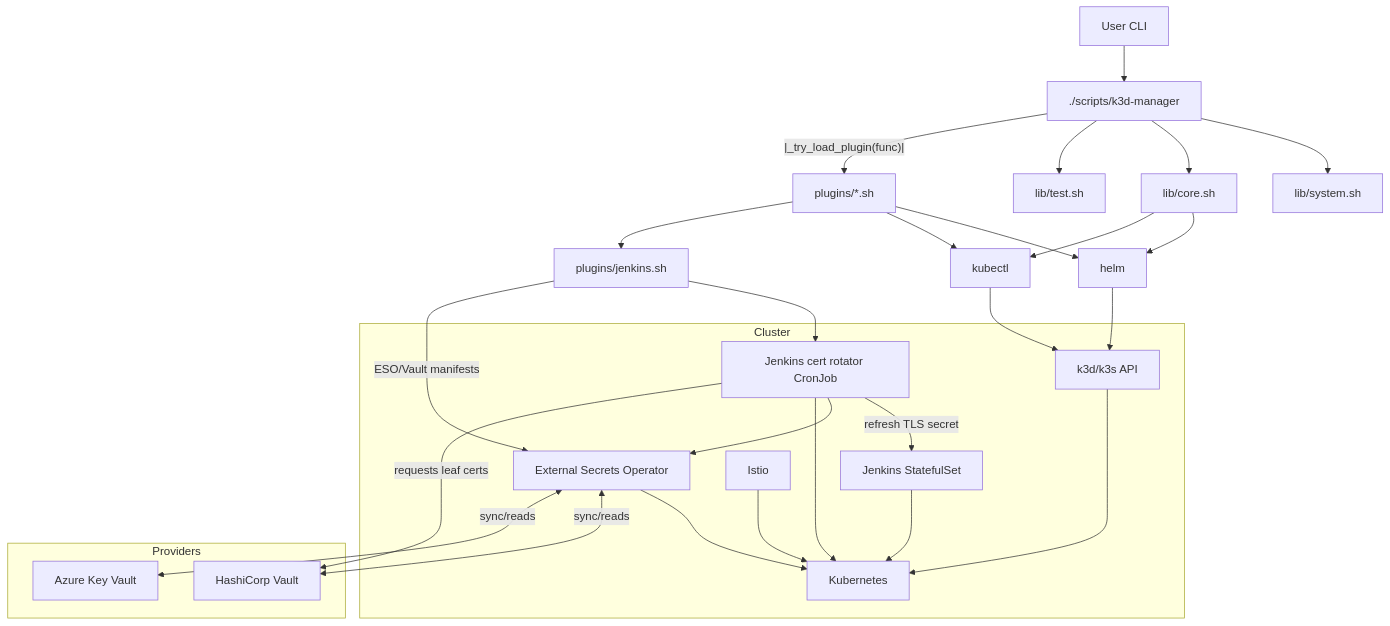
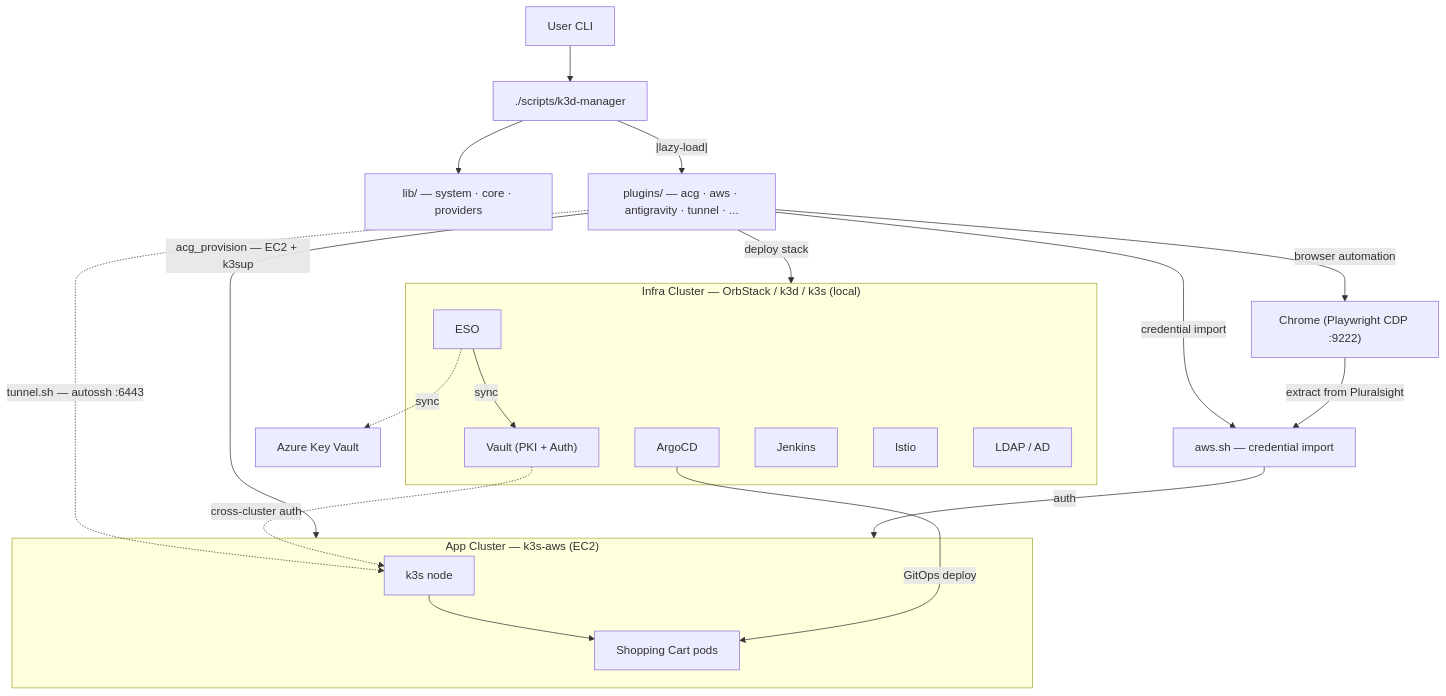
Before and after one commit to wilddog64/k3d-manager: the diagram in README.md, drawn with Mermaid. The commit also changed other lines of this file and 35 other files, not shown here.

First line of the commit message:
feat(k3s-aws): multi-node cluster, CloudFormation provisioning, Playwright hardening (#58)

````diff
--- a/README.md
+++ b/README.md
@@ -122,34 +124,36 @@
 ```mermaid
 graph TD
   U[User CLI] --> KM[./scripts/k3d-manager]
-  KM --> SYS[lib/system.sh]
-  KM --> CORE[lib/core.sh]
-  KM --> TEST[lib/test.sh]
-  KM --|_try_load_plugin(func)|--> PLUG[plugins/*.sh]
-  PLUG --> HELM[helm]
-  PLUG --> KUB[kubectl]
-  PLUG --> JPLUG[plugins/jenkins.sh]
-  JPLUG --> ROTATOR["Jenkins cert rotator CronJob"]
-  JPLUG -->|ESO/Vault manifests| ESO
-  ROTATOR -->|refresh TLS secret| JENKINS[Jenkins StatefulSet]
-  ROTATOR --> ESO
-  CORE --> HELM
-  CORE --> KUB
-  subgraph Cluster
-     K3D[k3d/k3s API] --> K8S[Kubernetes]
-     ISTIO[Istio] --> K8S
-     ESO[External Secrets Operator] --> K8S
-     JENKINS --> K8S
-     ROTATOR --> K8S
+  KM --> LIB["lib/ — system · core · providers"]
+  KM --|lazy-load|--> PLUG["plugins/ — acg · aws · antigravity · tunnel · ..."]
+
+  subgraph Infra ["Infra Cluster — OrbStack / k3d / k3s (local)"]
+    VAULT["Vault (PKI + Auth)"]
+    ESO[ESO]
+    ARGOCD[ArgoCD]
+    JENKINS[Jenkins]
+    ISTIO[Istio]
+    LDAP[LDAP / AD]
+    ESO -->|sync| VAULT
   end
-  HELM --> K3D
-  KUB --> K3D
 
-  subgraph Providers
-     VAULT[HashiCorp Vault]
-     AZ[Azure Key Vault]
+  subgraph AppCluster ["App Cluster — k3s-aws (EC2)"]
+    K3S[k3s node]
+    APPS[Shopping Cart pods]
+    K3S --> APPS
   end
-  ESO <-- sync/reads --> VAULT
-  ESO <-- sync/reads --> AZ
-  ROTATOR -->|requests leaf certs| VAULT
+
+  ANTG["Chrome (Playwright CDP :9222)"]
+  AWSC["aws.sh — credential import"]
+
+  PLUG -->|deploy stack| Infra
+  PLUG -->|acg_provision — EC2 + k3sup| AppCluster
+  PLUG -->|browser automation| ANTG
+  PLUG -->|credential import| AWSC
+  ANTG -->|extract from Pluralsight| AWSC
+  AWSC -->|auth| AppCluster
+  PLUG -.->|tunnel.sh — autossh :6443| K3S
+  ARGOCD -->|GitOps deploy| APPS
+  VAULT -.->|cross-cluster auth| K3S
+  ESO -.->|sync| AKV[Azure Key Vault]
 ```
````
